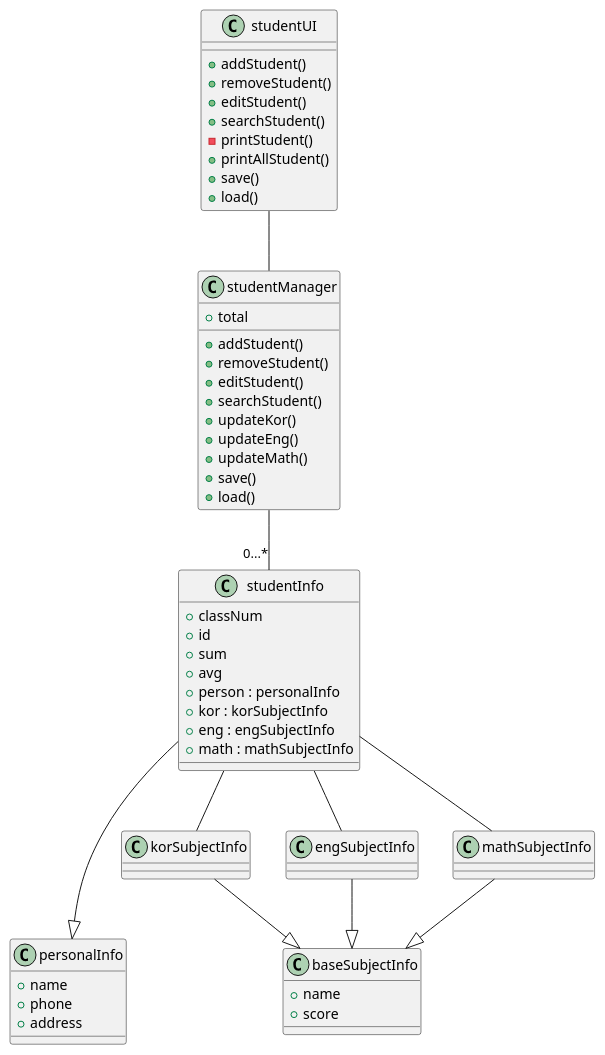
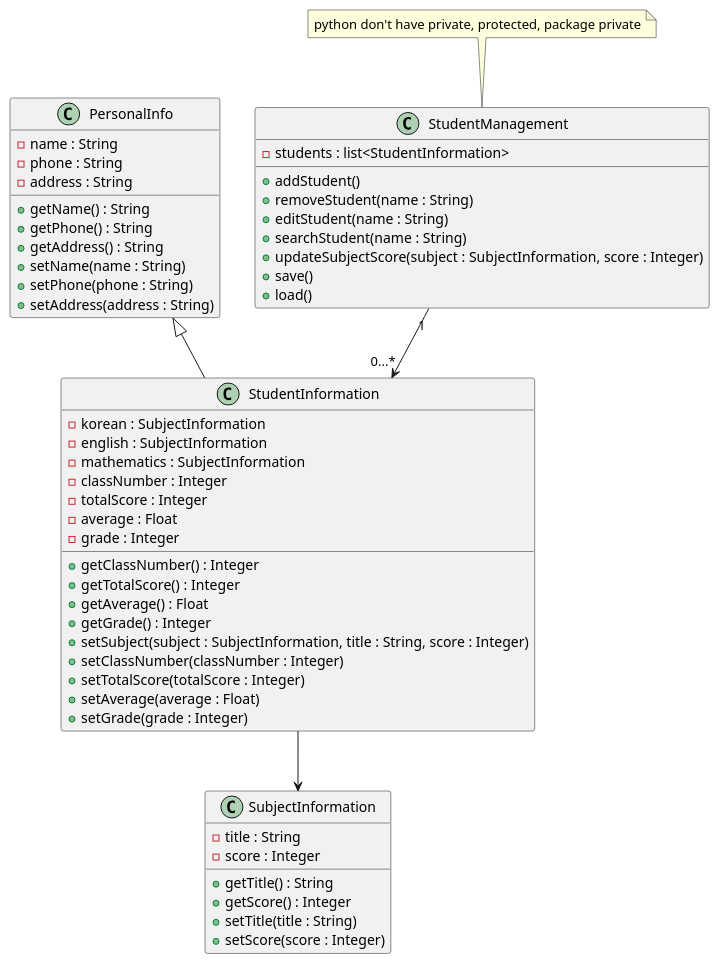
Before and after one commit to dosoba/dosoba: the diagram in 20150812_management_of_school_records/docs/1_class_diagram.puml, drawn with PlantUML. The commit also changed 1 other file, not shown here.

```diff
--- a/20150812_management_of_school_records/docs/1_class_diagram.puml
+++ b/20150812_management_of_school_records/docs/1_class_diagram.puml
@@ -1,72 +1,63 @@
 @startuml
 
-class personalInfo {
-+ name
-+ phone
-+ address
+class PersonalInfo {
+    - name : String
+    - phone : String
+    - address : String
+
+    + getName() : String
+    + getPhone() : String
+    + getAddress() : String
+    + setName(name : String)
+    + setPhone(phone : String)
+    + setAddress(address : String)
 }
 
-class studentInfo {
-+ classNum
-+ id
-+ sum
-+ avg
-+ person : personalInfo
-+ kor : korSubjectInfo
-+ eng : engSubjectInfo
-+ math : mathSubjectInfo
+class SubjectInformation {
+    - title : String
+    - score : Integer
+
+    + getTitle() : String
+    + getScore() : Integer
+    + setTitle(title : String)
+    + setScore(score : Integer)
 }
 
-class baseSubjectInfo {
-+ name
-+ score
+class StudentInformation {
+    - korean : SubjectInformation
+    - english : SubjectInformation
+    - mathematics : SubjectInformation
+    - classNumber : Integer
+    - totalScore : Integer
+    - average : Float
+    - grade : Integer
+
+    + getClassNumber() : Integer
+    + getTotalScore() : Integer
+    + getAverage() : Float
+    + getGrade() : Integer
+    + setSubject(subject : SubjectInformation, title : String, score : Integer)
+    + setClassNumber(classNumber : Integer)
+    + setTotalScore(totalScore : Integer)
+    + setAverage(average : Float)
+    + setGrade(grade : Integer)
 }
 
-class korSubjectInfo {
+class StudentManagement {
+    - students : list<StudentInformation>
+
+    + addStudent()
+    + removeStudent(name : String)
+    + editStudent(name : String)
+    + searchStudent(name : String)
+    + updateSubjectScore(subject : SubjectInformation, score : Integer)
+    + save()
+    + load()
 }
 
-class engSubjectInfo {
-}
-
-class mathSubjectInfo {
-}
-
-studentInfo -- korSubjectInfo
-studentInfo -- engSubjectInfo
-studentInfo -- mathSubjectInfo
-
-korSubjectInfo --|> baseSubjectInfo
-engSubjectInfo --|> baseSubjectInfo
-mathSubjectInfo --|> baseSubjectInfo
-
-studentInfo ---|> personalInfo
-
-class studentManager {
-+ total
-+ addStudent()
-+ removeStudent()
-+ editStudent()
-+ searchStudent()
-+ updateKor()
-+ updateEng()
-+ updateMath()
-+ save()
-+ load()
-}
-
-studentManager --"0...*" studentInfo
-
-class studentUI {
-+ addStudent()
-+ removeStudent()
-+ editStudent()
-+ searchStudent()
-- printStudent()
-+ printAllStudent()
-+ save()
-+ load()
-}
-
-studentUI -- studentManager
+note top : python don't have private, protected, package private
+PersonalInfo <|-- StudentInformation
+StudentInformation --> SubjectInformation
+StudentManagement "1"-->"0...*" StudentInformation
 
 @enduml
```
